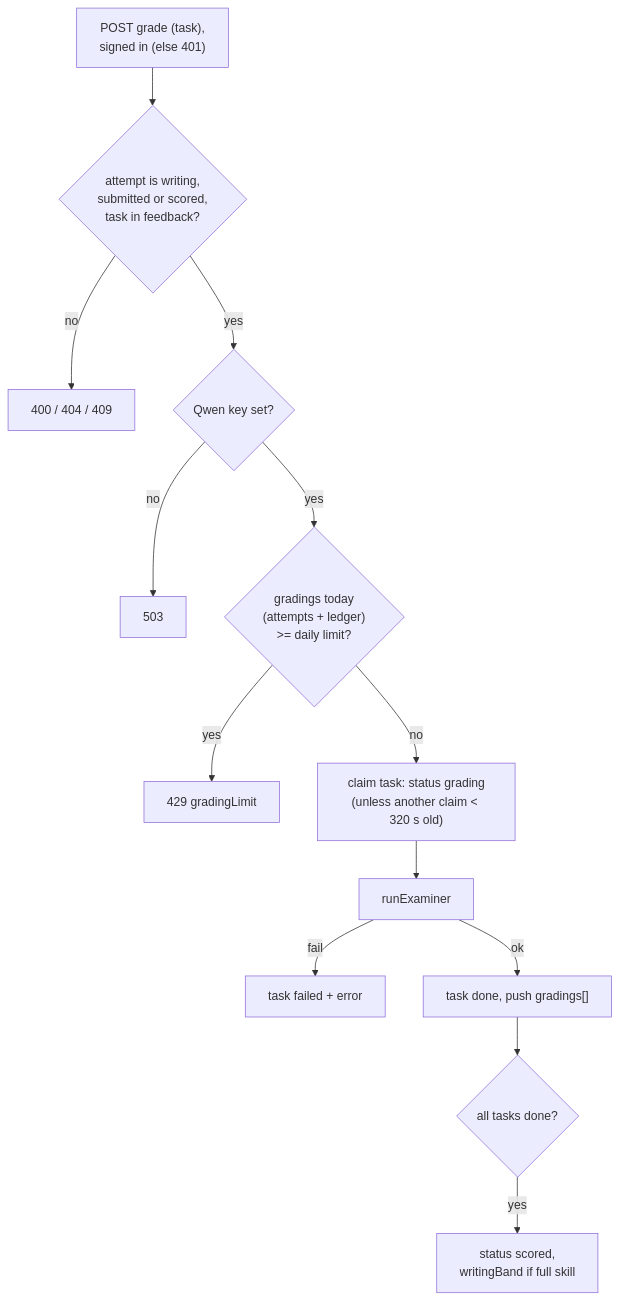
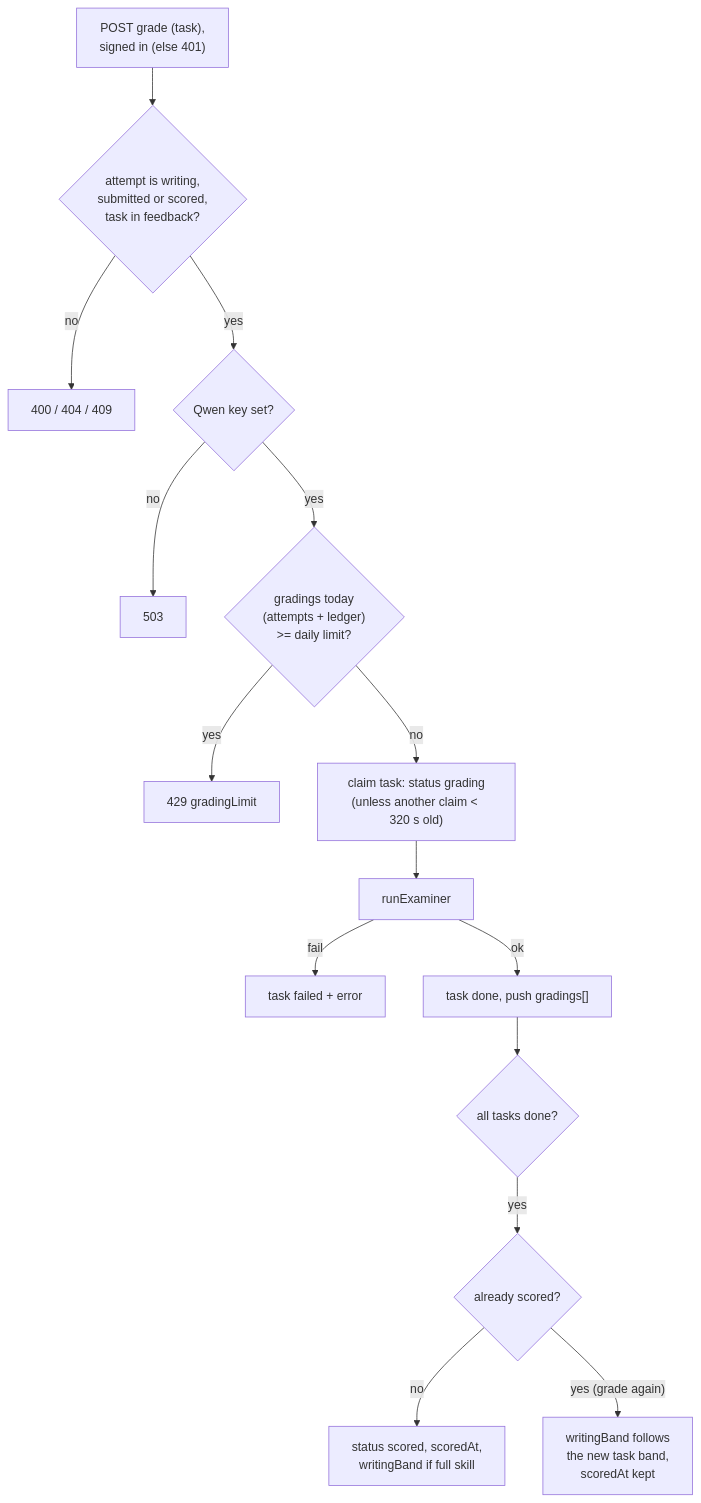
One commit to NaKMiers/English_For_Only_Me changed the fifth of 7 diagrams in docs/09-ielts.md. Above: the diagram before and after it, drawn with Mermaid. The commit also changed other lines of this file and 10 other files, not shown here.

````diff
--- a/docs/09-ielts.md
+++ b/docs/09-ielts.md
@@ -409,15 +409,17 @@
 ```mermaid
 flowchart TD
   A["POST grade (task),<br/>signed in (else 401)"] --> C{"attempt is writing,<br/>submitted or scored,<br/>task in feedback?"}
   C -- no --> X2["400 / 404 / 409"]
   C -- yes --> D{"Qwen key set?"}
   D -- no --> X3["503"]
   D -- yes --> E{"gradings today<br/>(attempts + ledger)<br/>>= daily limit?"}
   E -- yes --> X4["429 gradingLimit"]
   E -- no --> F["claim task: status grading<br/>(unless another claim < 320 s old)"]
   F --> G["runExaminer"]
   G -- fail --> H["task failed + error"]
   G -- ok --> I["task done, push gradings[]"]
   I --> J{"all tasks done?"}
-  J -- yes --> K["status scored,<br/>writingBand if full skill"]
+  J -- yes --> K{"already scored?"}
+  K -- no --> L["status scored, scoredAt,<br/>writingBand if full skill"]
+  K -- "yes (grade again)" --> M["writingBand follows<br/>the new task band,<br/>scoredAt kept"]
 ```
````
